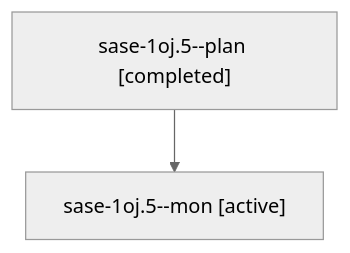
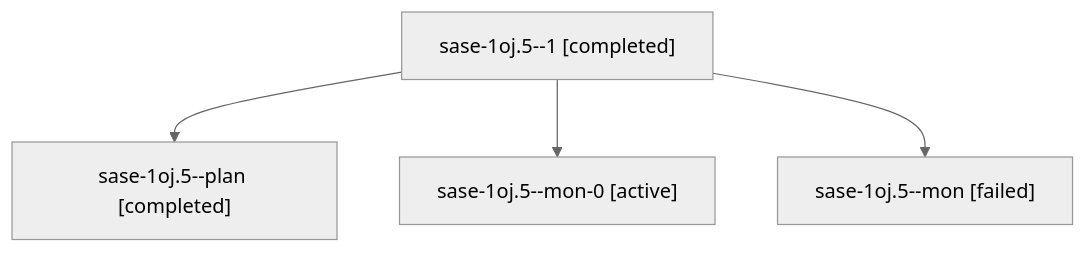
One commit to sase-org/sase--agents changed the diagram in sessions/bbugyi200.apollo.sase-1oj.5.md. Above: the diagram before and after it, drawn with Mermaid (neutral theme). The commit also changed other lines of this file and 39 other files, not shown here.

````diff
--- a/sessions/bbugyi200.apollo.sase-1oj.5.md
+++ b/sessions/bbugyi200.apollo.sase-1oj.5.md
@@ -9,6 +9,10 @@
 ```mermaid
 flowchart TD
-  n0["sase-1oj.5--plan [completed]"]
-  n1["sase-1oj.5--mon [active]"]
+  n0["sase-1oj.5--1 [completed]"]
+  n1["sase-1oj.5--plan [completed]"]
   n0 --> n1
+  n2["sase-1oj.5--mon-0 [active]"]
+  n0 --> n2
+  n3["sase-1oj.5--mon [failed]"]
+  n0 --> n3
 ```
````
